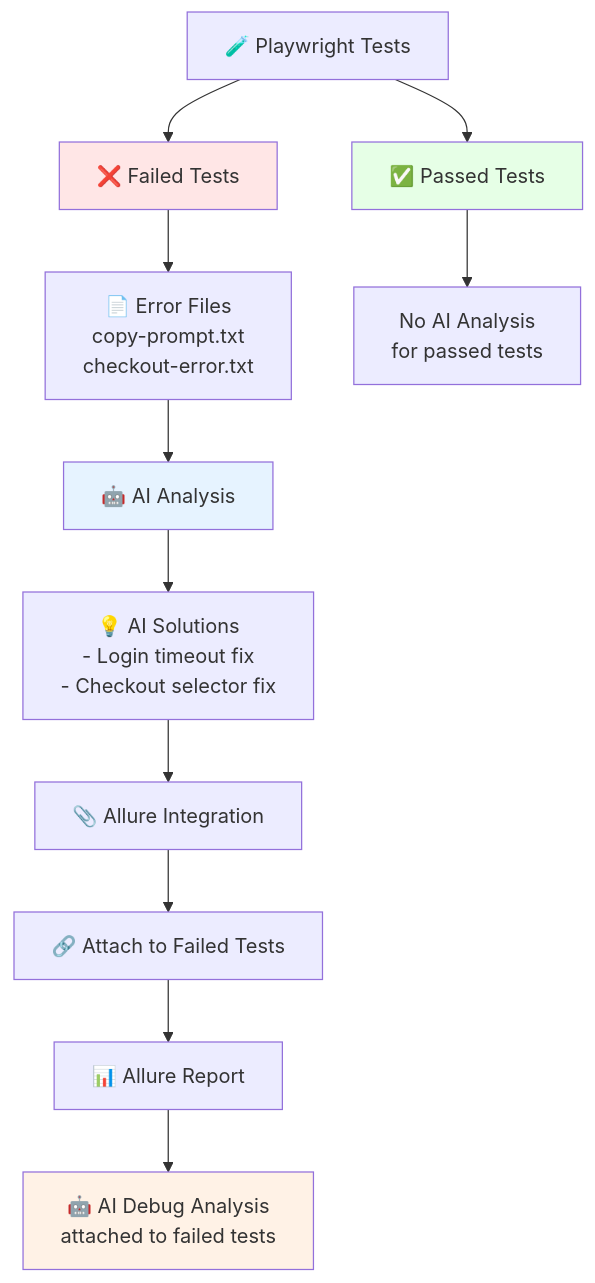
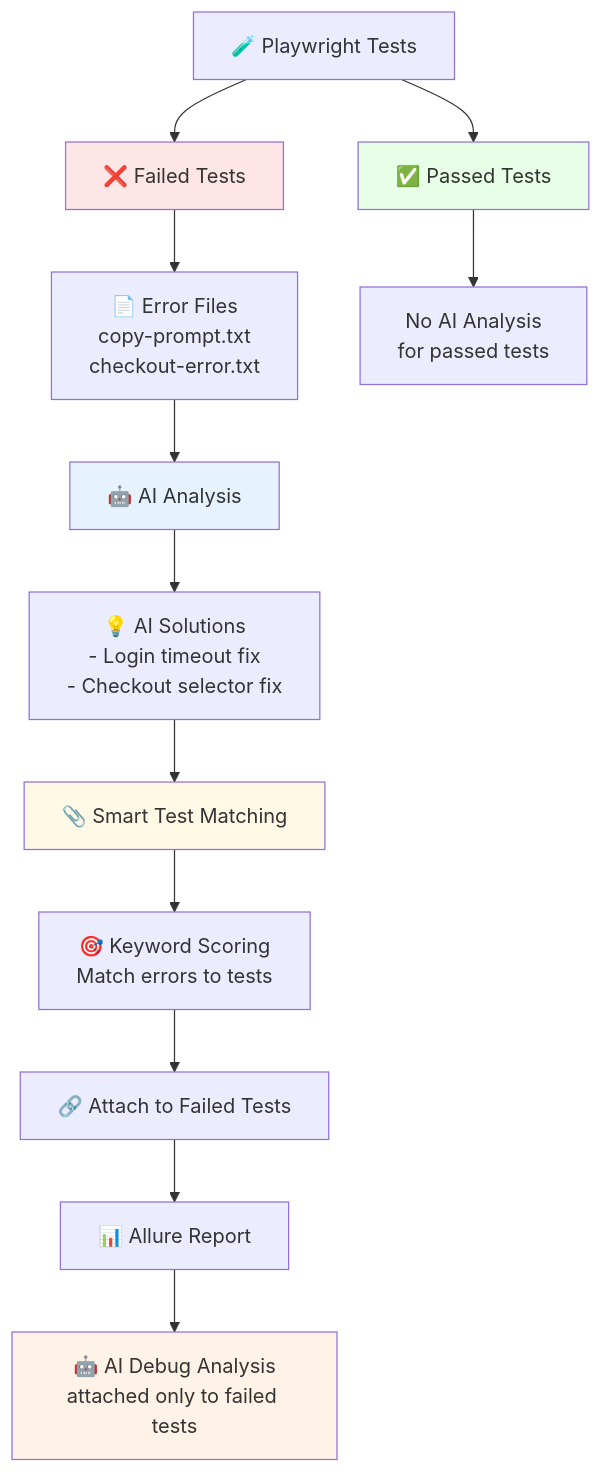
One commit to lunin-vadim/playwright-ai-auto-debug changed the diagram in README.md. Above: the diagram before and after it, drawn with Mermaid. The commit also changed other lines of this file and 10 other files, not shown here.

````diff
--- a/README.md
+++ b/README.md
@@ -291,23 +291,25 @@
 ```mermaid
 graph TD
     A["🧪 Playwright Tests"] --> B["❌ Failed Tests"]
     A --> C["✅ Passed Tests"]
     
     B --> D["📄 Error Files<br/>copy-prompt.txt<br/>checkout-error.txt"]
     
     D --> E["🤖 AI Analysis"]
     E --> F["💡 AI Solutions<br/>- Login timeout fix<br/>- Checkout selector fix"]
     
-    F --> G["📎 Allure Integration"]
-    G --> H["🔗 Attach to Failed Tests"]
+    F --> G["📎 Smart Test Matching"]
+    G --> H["🎯 Keyword Scoring<br/>Match errors to tests"]
     
-    H --> I["📊 Allure Report"]
-    I --> J["🤖 AI Debug Analysis<br/>attached to failed tests"]
+    H --> I["🔗 Attach to Failed Tests"]
+    I --> J["📊 Allure Report"]
+    J --> K["🤖 AI Debug Analysis<br/>attached only to failed tests"]
     
-    C --> K["No AI Analysis<br/>for passed tests"]
+    C --> L["No AI Analysis<br/>for passed tests"]
     
     style B fill:#ffe6e6
     style C fill:#e6ffe6
     style E fill:#e6f3ff
-    style J fill:#fff2e6
+    style G fill:#fff9e6
+    style K fill:#fff2e6
 ```
````
